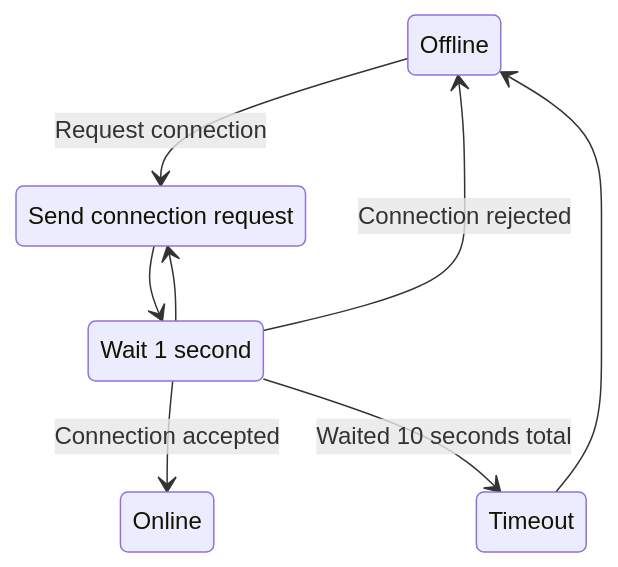
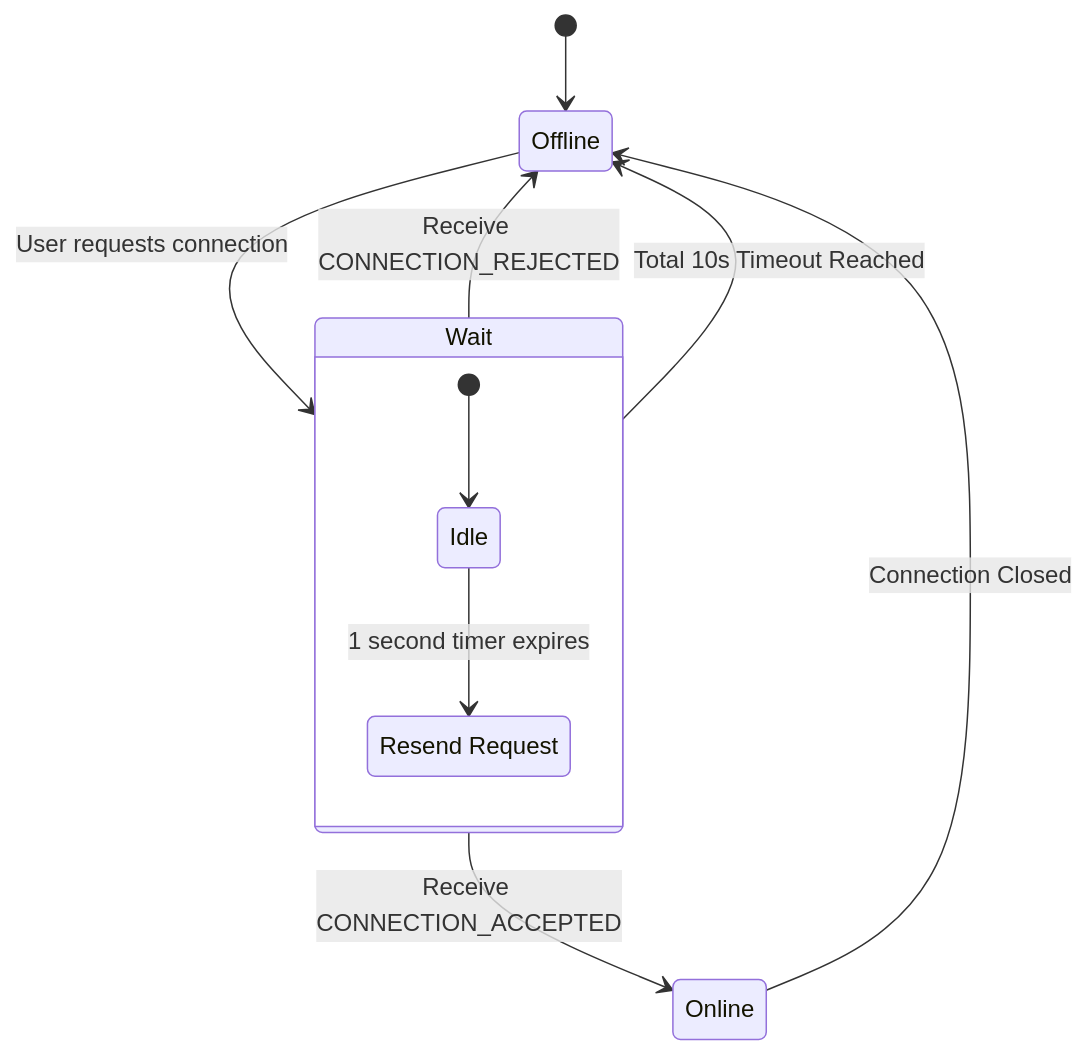
Before and after one commit to UQAC-Homework/8djv104_tp2: the second of 4 diagrams in RFC.md, drawn with Mermaid. The commit also changed other lines of this file, not shown here.

Commit message:
client connection

````diff
--- a/RFC.md
+++ b/RFC.md
@@ -505,17 +505,17 @@
 ```mermaid
----
-title:
----
 stateDiagram-v2
-	Offline
-	Online
-	Connect: Send connection request
-	Wait: Wait 1 second
-	Offline --> Connect: Request connection
-	Connect --> Wait
-	Wait --> Connect
-	Wait --> Online: Connection accepted
-	Wait --> Offline: Connection rejected
-	Wait --> Timeout: Waited 10 seconds total
-	Timeout --> Offline
+    [*] --> Offline
+    Offline --> Wait: User requests connection
+    
+    state Wait {
+		Retransmit: Resend Request
+        [*] --> Idle
+        Idle --> Retransmit: 1 second timer expires
+    }
+    
+    Wait --> Online: Receive CONNECTION_ACCEPTED
+    Wait --> Offline: Receive CONNECTION_REJECTED
+    Wait --> Offline: Total 10s Timeout Reached
+    
+    Online --> Offline: Connection Closed
 ```
````
